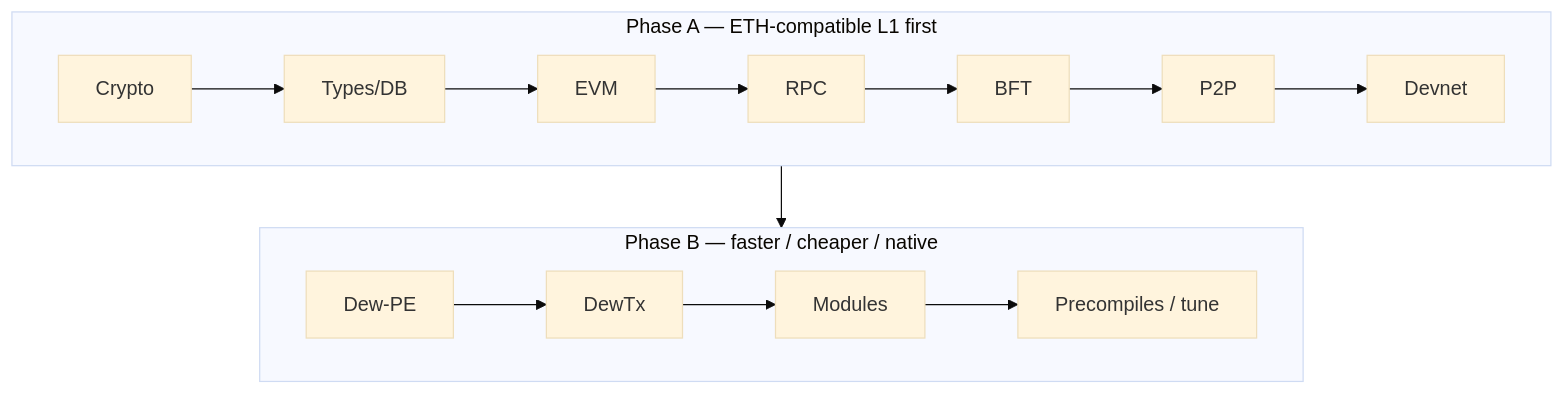
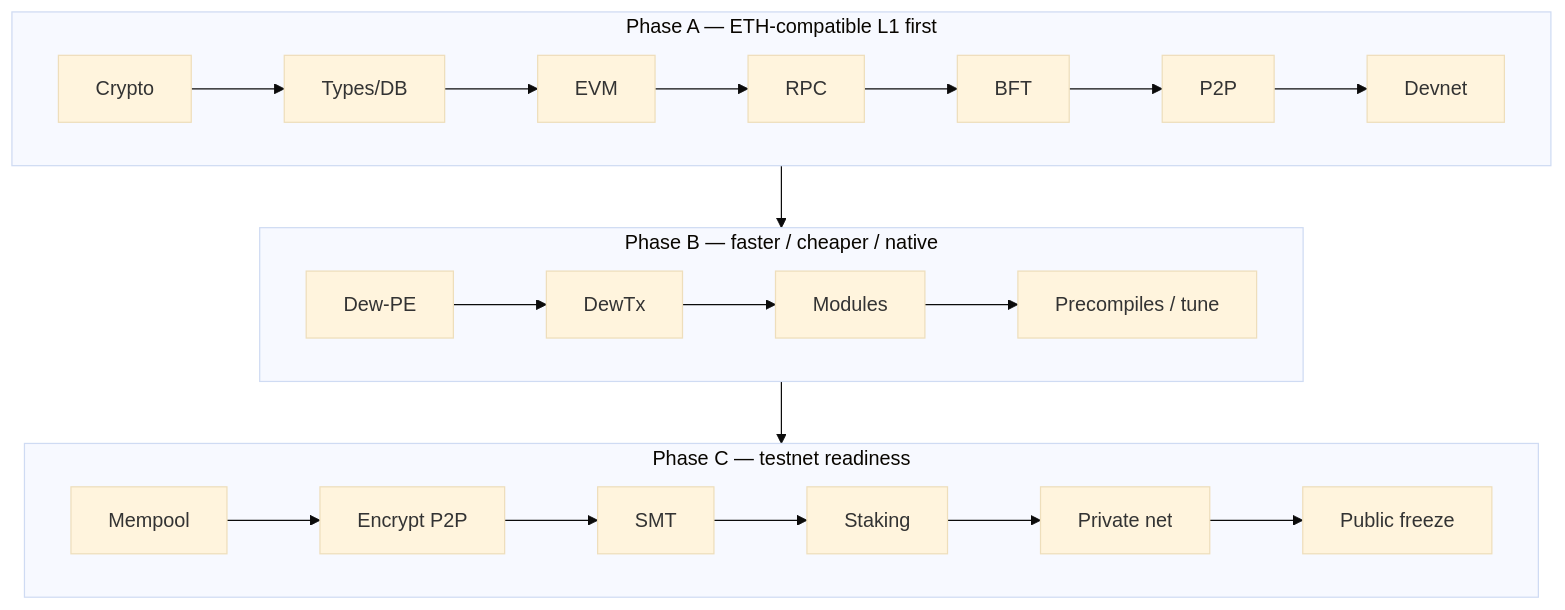
One commit to dewnetwork/dew changed the first of 4 diagrams in docs/development/roadmap.md. Above: the diagram before and after it, drawn with Mermaid (base theme). The commit also changed other lines of this file and 3 other files, not shown here.

First line of the commit message:
docs: define Phase C testnet readiness roadmap

````diff
--- a/docs/development/roadmap.md
+++ b/docs/development/roadmap.md
@@ -15,12 +15,16 @@
 ```mermaid
 flowchart TB
   subgraph A["Phase A — ETH-compatible L1 first"]
     direction LR
     A1[Crypto] --> A2[Types/DB] --> A3[EVM] --> A4[RPC] --> A5[BFT] --> A6[P2P] --> A7[Devnet]
   end
   subgraph B["Phase B — faster / cheaper / native"]
     direction LR
     B1[Dew-PE] --> B2[DewTx] --> B3[Modules] --> B4[Precompiles / tune]
   end
-  A --> B
+  subgraph C["Phase C — testnet readiness"]
+    direction LR
+    C1[Mempool] --> C2[Encrypt P2P] --> C3[SMT] --> C4[Staking] --> C5[Private net] --> C6[Public freeze]
+  end
+  A --> B --> C
 ```
````
